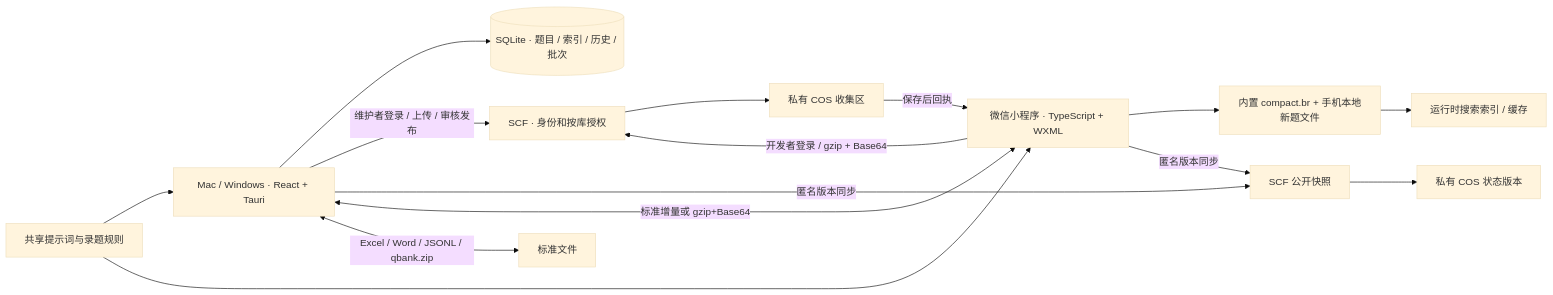
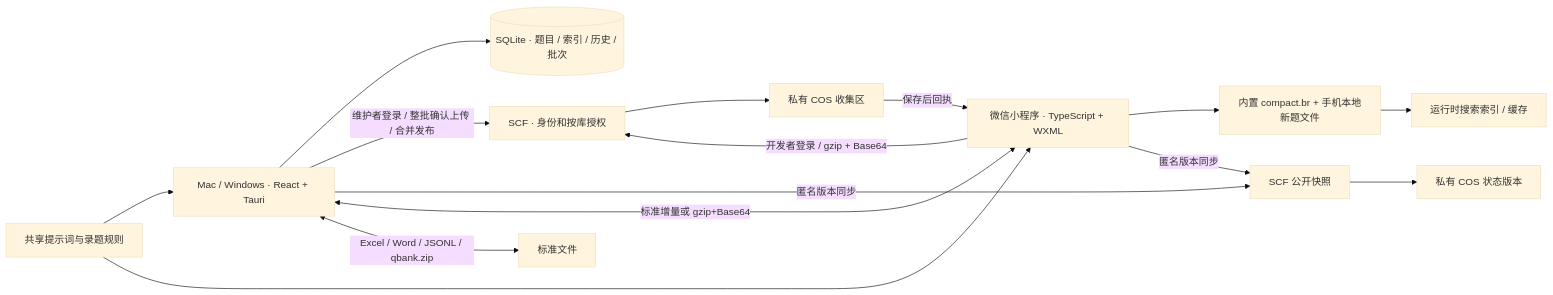
One commit to qingye0312-cpu/question-bank changed the first of 3 diagrams in 开发文档.md. Above: the diagram before and after it, drawn with Mermaid (base theme). The commit also changed other lines of this file and 58 other files, not shown here.

````diff
--- a/开发文档.md
+++ b/开发文档.md
@@ -136,17 +136,17 @@
 ```mermaid
 flowchart LR
   T[共享提示词与录题规则] --> D[Mac / Windows · React + Tauri]
   T --> M[微信小程序 · TypeScript + WXML]
   D --> DB[(SQLite · 题目 / 索引 / 历史 / 批次)]
   M --> F[内置 compact.br + 手机本地新题文件]
   M -->|开发者登录 / gzip + Base64| A[SCF · 身份和按库授权]
-  D -->|维护者登录 / 上传 / 审核发布| A
+  D -->|维护者登录 / 整批确认上传 / 合并发布| A
   D -->|匿名版本同步| S[SCF 公开快照]
   M -->|匿名版本同步| S
   S --> P[私有 COS 状态版本]
   A --> C[私有 COS 收集区]
   C -->|保存后回执| M
   F --> I[运行时搜索索引 / 缓存]
   D <-->|标准增量或 gzip+Base64| M
   D <-->|Excel / Word / JSONL / qbank.zip| E[标准文件]
 ```
````
